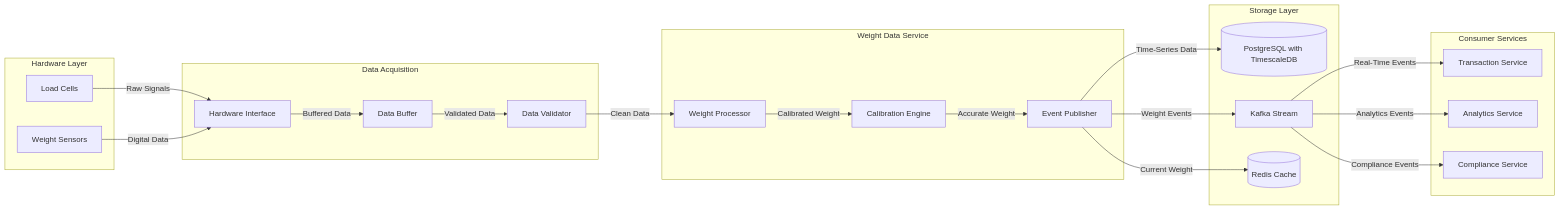
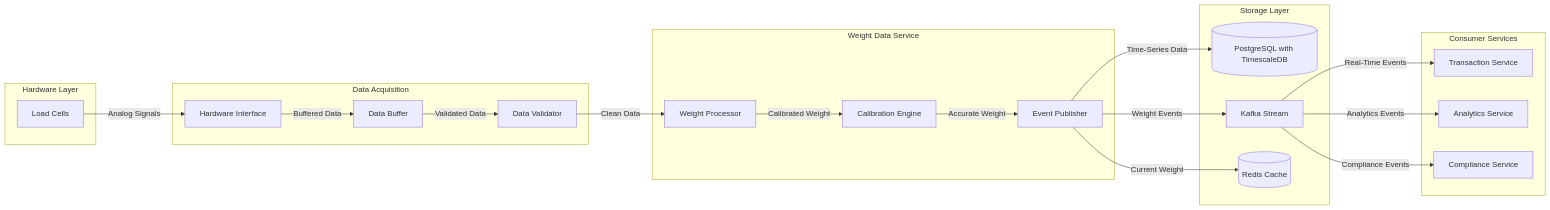
Before and after one commit to Qalitrack/qalitrackservices: the fifth of 12 diagrams in docs/c4/03-component-flows.md, drawn with Mermaid. The commit also changed 1 other file, not shown here.

Commit message:
fix(c4): remove redundant weight sensors - load cells ARE the weight sensors
- Remove separate "Weight Sensors" component from Weight Data Processing Pipeline
- Load cells are strain gauge-based transducers that convert weight to electrical signals
- Update weighbridge hardware descriptions to clarify "load cells, signal processing" instead of "sensors"
- Correct technical accuracy: load cells provide analog signals to hardware interface
- Eliminate redundant components in weight measurement architecture
- Update system context diagrams with accurate weighbridge hardware descriptions

🤖 Generated with [Claude Code](https://claude.ai/code)

````diff
--- a/docs/c4/03-component-flows.md
+++ b/docs/c4/03-component-flows.md
@@ -228,48 +228,46 @@
 ```mermaid
 flowchart LR
     subgraph "Hardware Layer"
         LoadCells[Load Cells]
-        Sensors[Weight Sensors]
     end
     
     subgraph "Data Acquisition"
         HardwareInterface[Hardware Interface]
         DataBuffer[Data Buffer]
         Validator[Data Validator]
     end
     
     subgraph "Weight Data Service"
         Processor[Weight Processor]
         Calibrator[Calibration Engine]
         Publisher[Event Publisher]
     end
     
     subgraph "Storage Layer"
         PostgreSQL[(PostgreSQL with TimescaleDB)]
         Kafka[Kafka Stream]
         Redis[(Redis Cache)]
     end
     
     subgraph "Consumer Services"
         TransactionSvc[Transaction Service]
         AnalyticsSvc[Analytics Service]
         ComplianceSvc[Compliance Service]
     end
 
-    LoadCells -->|Raw Signals| HardwareInterface
-    Sensors -->|Digital Data| HardwareInterface
+    LoadCells -->|Analog Signals| HardwareInterface
     HardwareInterface -->|Buffered Data| DataBuffer
     DataBuffer -->|Validated Data| Validator
     
     Validator -->|Clean Data| Processor
     Processor -->|Calibrated Weight| Calibrator
     Calibrator -->|Accurate Weight| Publisher
     
     Publisher -->|Time-Series Data| PostgreSQL
     Publisher -->|Weight Events| Kafka
     Publisher -->|Current Weight| Redis
     
     Kafka -->|Real-Time Events| TransactionSvc
     Kafka -->|Analytics Events| AnalyticsSvc
     Kafka -->|Compliance Events| ComplianceSvc
 ```
````
